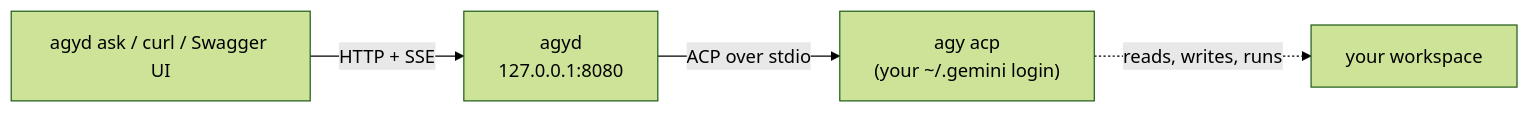
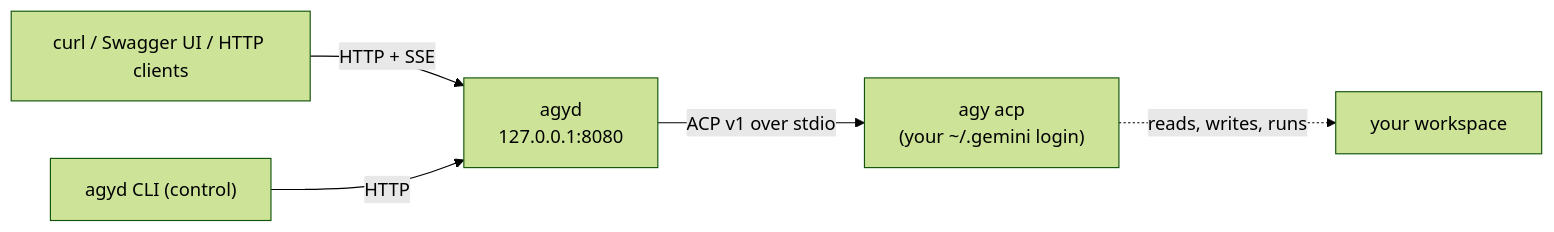
Before and after one commit to kesokaj/agyd: the first of 2 diagrams in README.md, drawn with Mermaid (forest theme). The commit also changed other lines of this file and 2 other files, not shown here.

Commit message:
Update README, SDD, and TDD for ADR-007 API-first CLI and verbatim ACP envelope

````diff
--- a/README.md
+++ b/README.md
@@ -5,6 +5,7 @@
 ```mermaid
 flowchart LR
-  You["agyd ask / curl / Swagger UI"] -->|"HTTP + SSE"| agyd["agyd<br/>127.0.0.1:8080"]
-  agyd -->|"ACP over stdio"| agy["agy acp<br/>(your ~/.gemini login)"]
+  HTTP["curl / Swagger UI / HTTP clients"] -->|"HTTP + SSE"| agyd["agyd\n127.0.0.1:8080"]
+  CLI["agyd CLI (control)"] -->|"HTTP"| agyd
+  agyd -->|"ACP v1 over stdio"| agy["agy acp\n(your ~/.gemini login)"]
   agy -.->|"reads, writes, runs"| WS["your workspace"]
 ```
````
